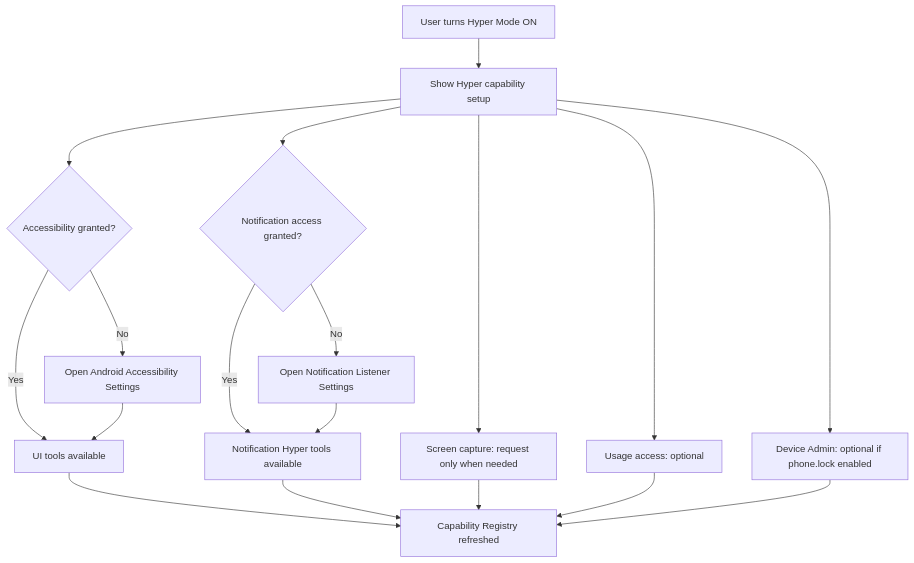
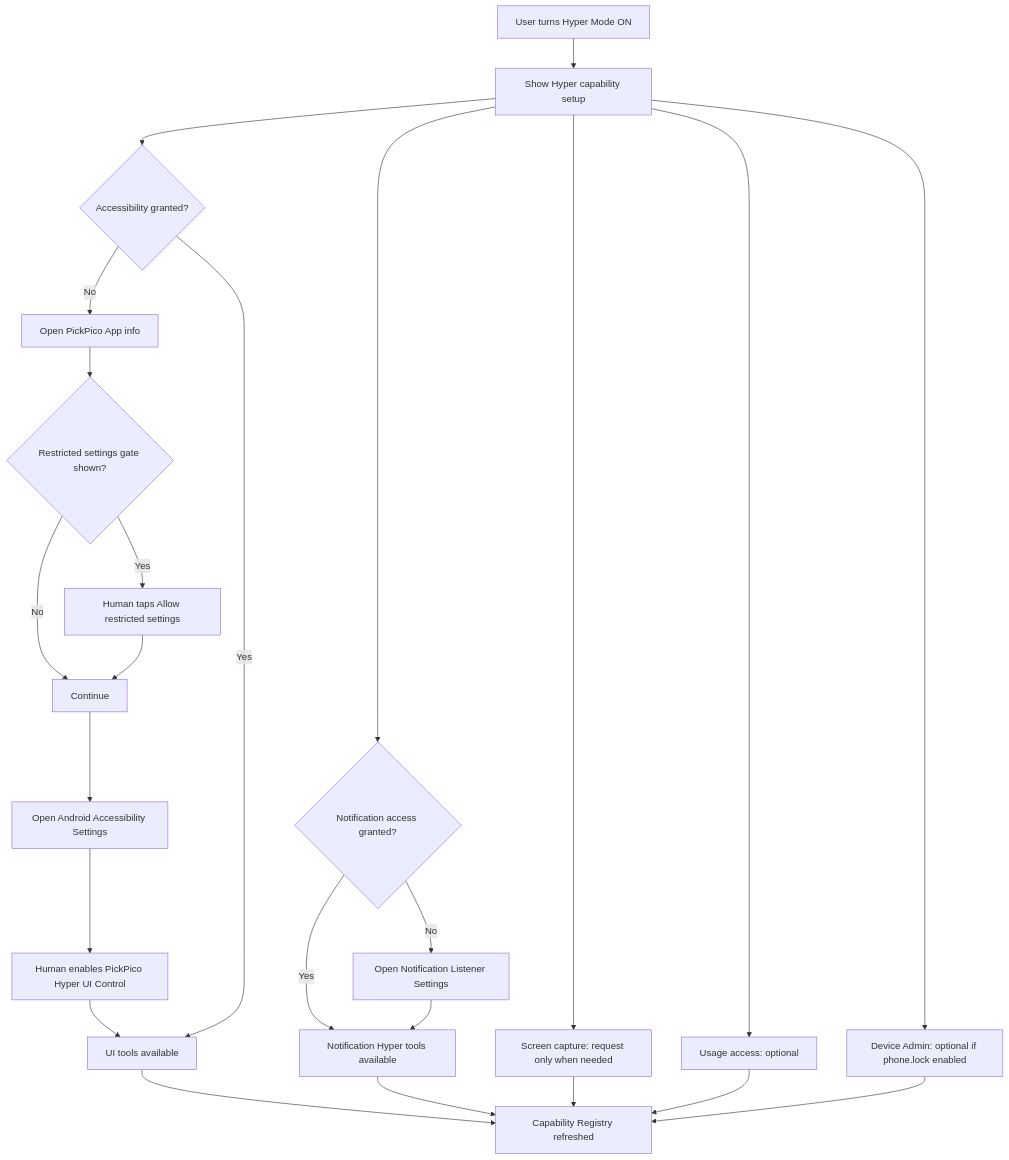
The second of 5 diagrams in docs/product-spec-v0.1.md (mabyes1/PickPico), drawn with Mermaid before and after one commit. The commit also changed other lines of this file and 33 other files, not shown here.

Commit message:
Rename runtime to PickPico and clarify Hyper setup

````diff
--- a/docs/product-spec-v0.1.md
+++ b/docs/product-spec-v0.1.md
@@ -233,23 +233,29 @@
 ```mermaid
 flowchart TD
     A[User turns Hyper Mode ON] --> B[Show Hyper capability setup]
     B --> C{Accessibility granted?}
-    C -->|No| D[Open Android Accessibility Settings]
+    C -->|No| D[Open PickPico App info]
+    D --> R{Restricted settings gate shown?}
+    R -->|Yes| S[Human taps Allow restricted settings]
+    R -->|No| T[Continue]
+    S --> T
+    T --> U[Open Android Accessibility Settings]
+    U --> V[Human enables PickPico Hyper UI Control]
+    V --> E
     C -->|Yes| E[UI tools available]
-    D --> E
 
     B --> F{Notification access granted?}
     F -->|No| G[Open Notification Listener Settings]
     F -->|Yes| H[Notification Hyper tools available]
     G --> H
 
     B --> I[Screen capture: request only when needed]
     B --> J[Usage access: optional]
     B --> K[Device Admin: optional if phone.lock enabled]
 
     E --> L[Capability Registry refreshed]
     H --> L
     I --> L
     J --> L
     K --> L
 ```
````
